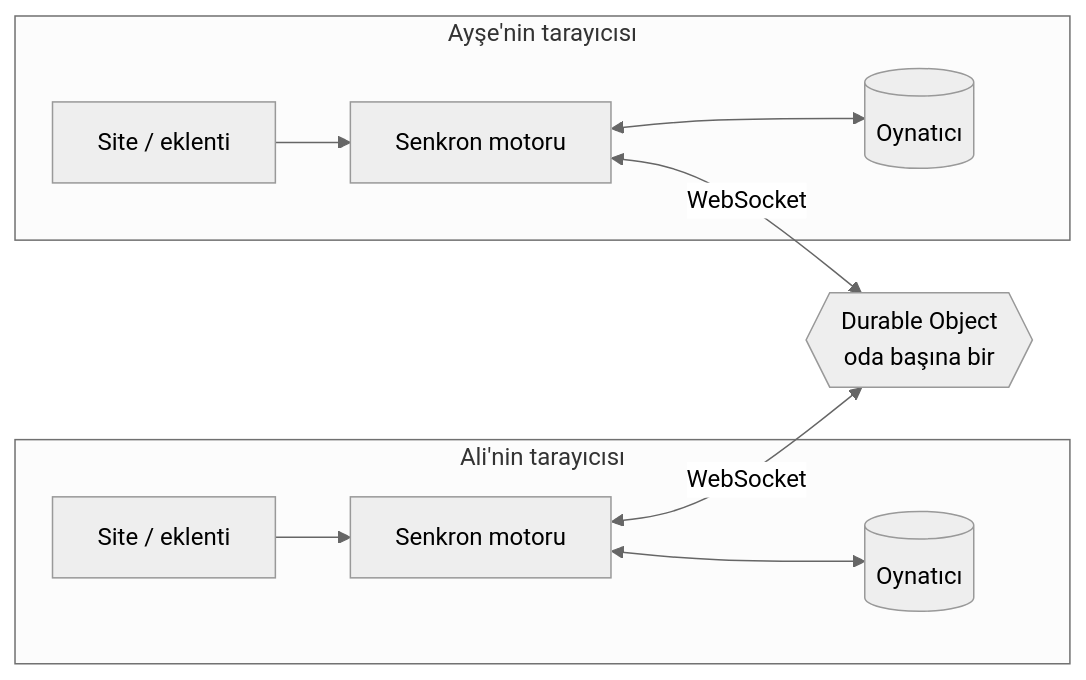
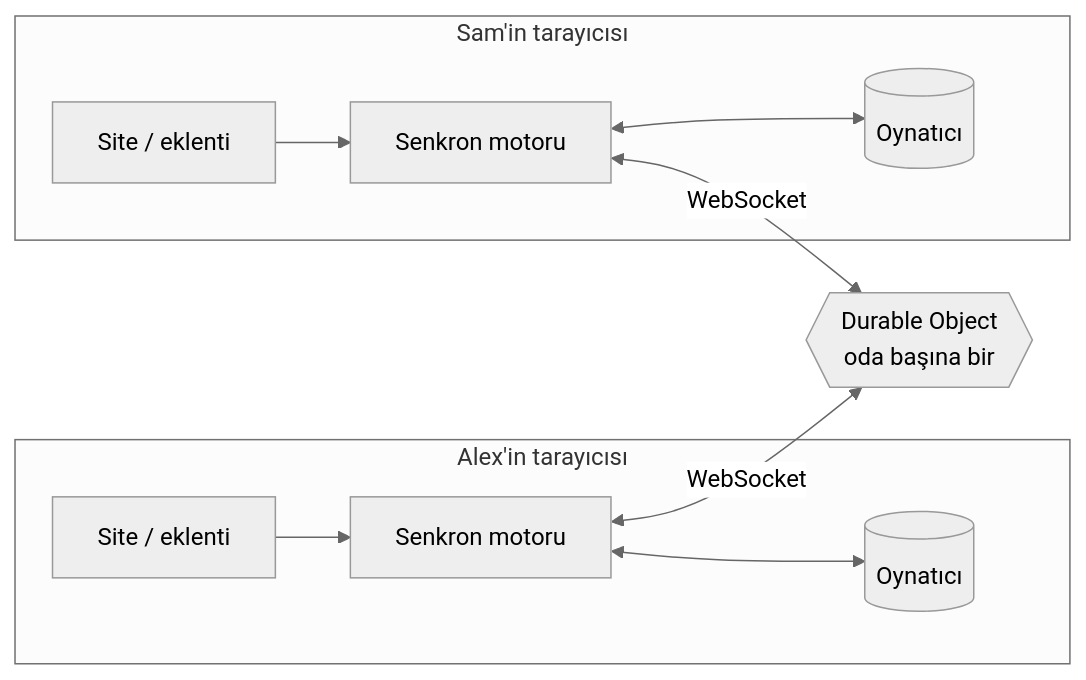
Before and after one commit to alperenakturk/screen-with-me: the diagram in README.tr.md, drawn with Mermaid (neutral theme). The commit also changed other lines of this file and 2 other files, not shown here.

````diff
--- a/README.tr.md
+++ b/README.tr.md
@@ -84,13 +74,13 @@
 ```mermaid
 flowchart LR
-  subgraph A[Ali'nin tarayıcısı]
+  subgraph A[Alex'in tarayıcısı]
     SA[Site / eklenti] --> EA[Senkron motoru]
     EA <--> PA[(Oynatıcı)]
   end
-  subgraph B[Ayşe'nin tarayıcısı]
+  subgraph B[Sam'in tarayıcısı]
     SB[Site / eklenti] --> EB[Senkron motoru]
     EB <--> PB[(Oynatıcı)]
   end
   EA <-- WebSocket --> R{{Durable Object<br/>oda başına bir}}
   EB <-- WebSocket --> R
 ```
````
